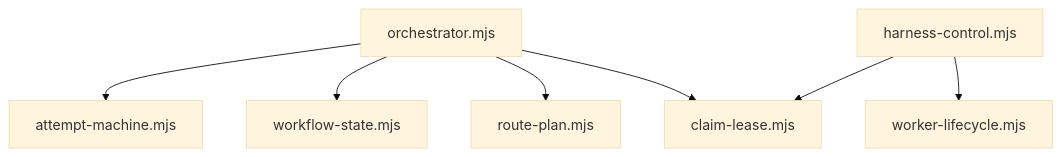
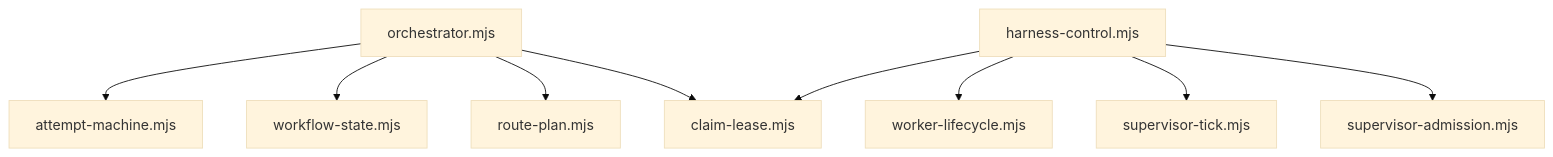
One commit to vinicius91carvalho/harness-engineering changed the second of 2 diagrams in CONTEXT.md. Above: the diagram before and after it, drawn with Mermaid (base theme). The commit also changed 19 other files, not shown here.

````diff
--- a/CONTEXT.md
+++ b/CONTEXT.md
@@ -54,9 +54,11 @@
 ```mermaid
 flowchart TD
   orchestrator[orchestrator.mjs] --> attempt[attempt-machine.mjs]
   orchestrator --> workflowState[workflow-state.mjs]
   orchestrator --> routePlan[route-plan.mjs]
   orchestrator --> claimLease[claim-lease.mjs]
   harnessControl[harness-control.mjs] --> workerLifecycle[worker-lifecycle.mjs]
+  harnessControl --> supervisorTick[supervisor-tick.mjs]
+  harnessControl --> supervisorAdmission[supervisor-admission.mjs]
   harnessControl --> claimLease
 ```
````
